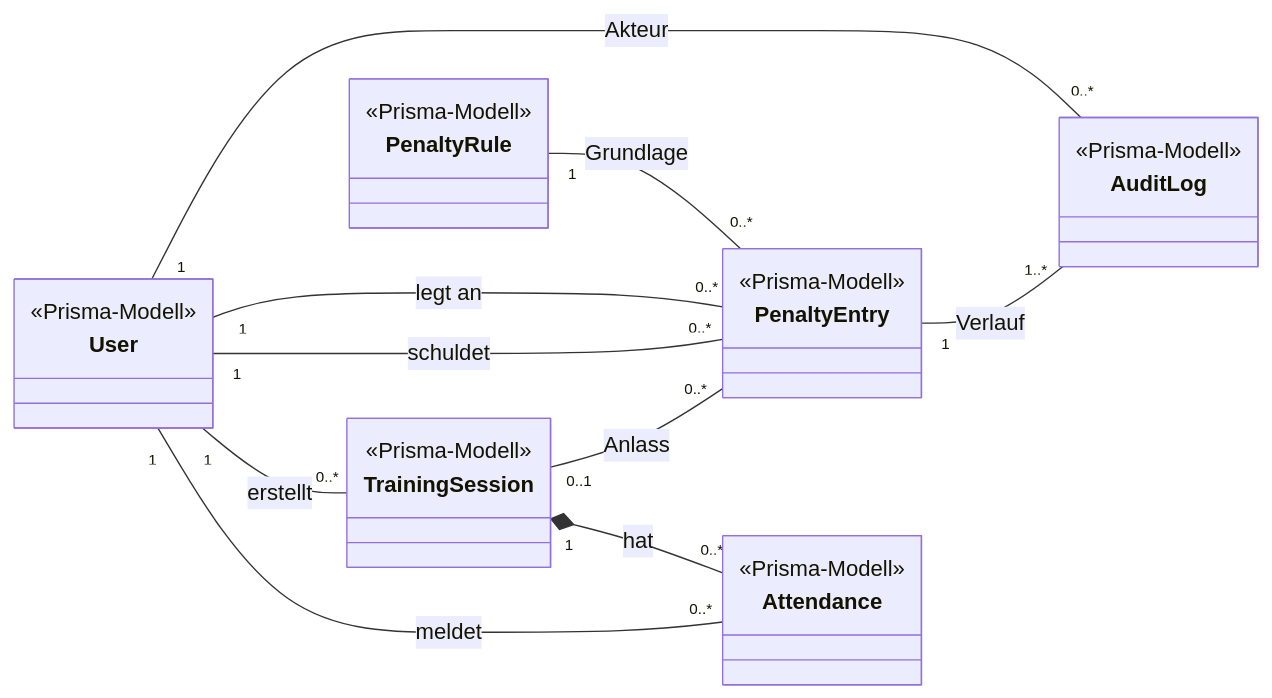
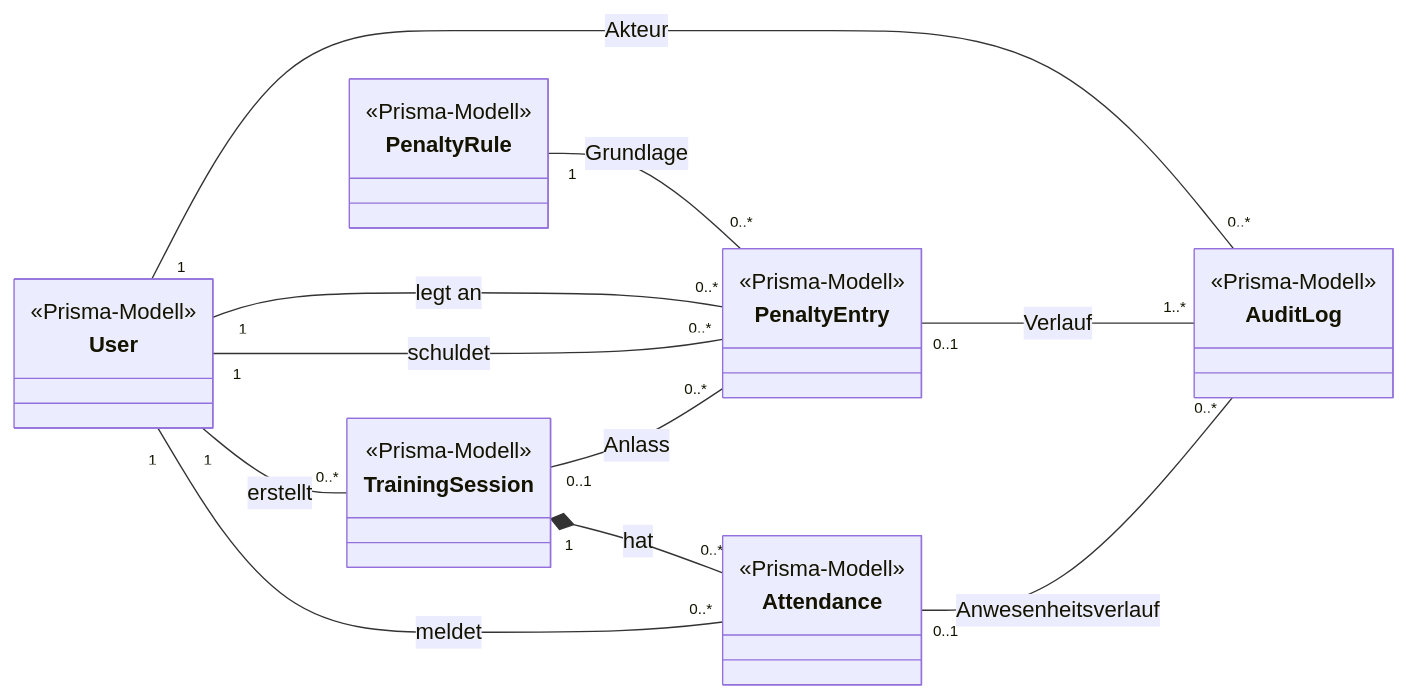
Before and after one commit to squadhq-team/squadhq-team: the first of 2 diagrams in docs/architektur/klassendiagramm.md, drawn with Mermaid. The commit also changed other lines of this file and 9 other files, not shown here.

First line of the commit message:
Diagramme, Namensliste, Traceability und Demo-Ablauf auf P4-Stand

````diff
--- a/docs/architektur/klassendiagramm.md
+++ b/docs/architektur/klassendiagramm.md
@@ -11,32 +11,33 @@
 ```mermaid
 classDiagram
   direction LR
   class User {
     <<Prisma-Modell>>
   }
   class TrainingSession {
     <<Prisma-Modell>>
   }
   class Attendance {
     <<Prisma-Modell>>
   }
   class PenaltyRule {
     <<Prisma-Modell>>
   }
   class PenaltyEntry {
     <<Prisma-Modell>>
   }
   class AuditLog {
     <<Prisma-Modell>>
   }
 
   User "1" -- "0..*" Attendance : meldet
   TrainingSession "1" *-- "0..*" Attendance : hat
   User "1" -- "0..*" TrainingSession : erstellt
   User "1" -- "0..*" PenaltyEntry : schuldet
   User "1" -- "0..*" PenaltyEntry : legt an
   PenaltyRule "1" -- "0..*" PenaltyEntry : Grundlage
   TrainingSession "0..1" -- "0..*" PenaltyEntry : Anlass
-  PenaltyEntry "1" -- "1..*" AuditLog : Verlauf
+  PenaltyEntry "0..1" -- "1..*" AuditLog : Verlauf
+  Attendance "0..1" -- "0..*" AuditLog : Anwesenheitsverlauf
   User "1" -- "0..*" AuditLog : Akteur
 ```
````
